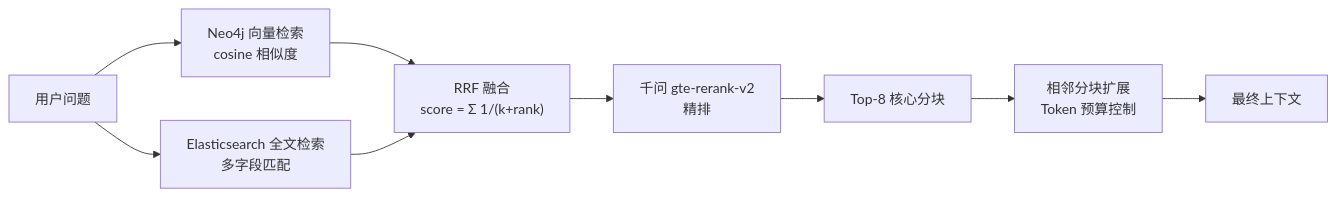
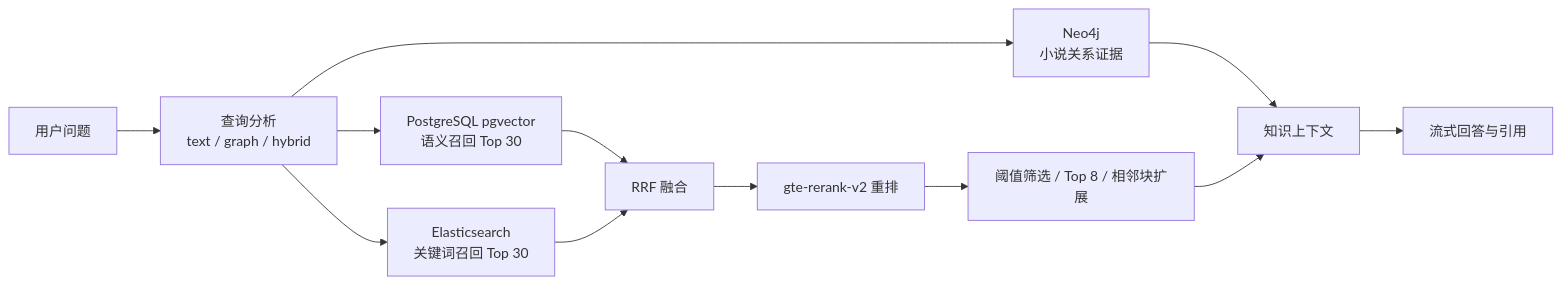
One commit to xuxchao/knowledge-quiz changed the third of 3 diagrams in README.md. Above: the diagram before and after it, drawn with Mermaid. The commit also changed other lines of this file and 40 other files, not shown here.

Commit message:
Refactor quiz flow and streamline UI state handling

````diff
--- a/README.md
+++ b/README.md
@@ -156,13 +86,14 @@
 ```mermaid
 flowchart LR
-    Q["用户问题"] --> VEC["Neo4j 向量检索<br/>cosine 相似度"]
-    Q --> KW["Elasticsearch 全文检索<br/>多字段匹配"]
-
-    VEC --> RRF["RRF 融合<br/>score = Σ 1/(k+rank)"]
+    Q["用户问题"] --> PLAN["查询分析<br/>text / graph / hybrid"]
+    PLAN --> VEC["PostgreSQL pgvector<br/>语义召回 Top 30"]
+    PLAN --> KW["Elasticsearch<br/>关键词召回 Top 30"]
+    PLAN --> GRAPH["Neo4j<br/>小说关系证据"]
+    VEC --> RRF["RRF 融合"]
     KW --> RRF
-
-    RRF --> RERANK["千问 gte-rerank-v2<br/>精排"]
-    RERANK --> TOPK["Top-8 核心分块"]
-    TOPK --> EXPAND["相邻分块扩展<br/>Token 预算控制"]
-    EXPAND --> CTX["最终上下文"]
+    RRF --> RR["gte-rerank-v2 重排"]
+    RR --> EXPAND["阈值筛选 / Top 8 / 相邻块扩展"]
+    GRAPH --> CONTEXT["知识上下文"]
+    EXPAND --> CONTEXT
+    CONTEXT --> ANSWER["流式回答与引用"]
 ```
````
